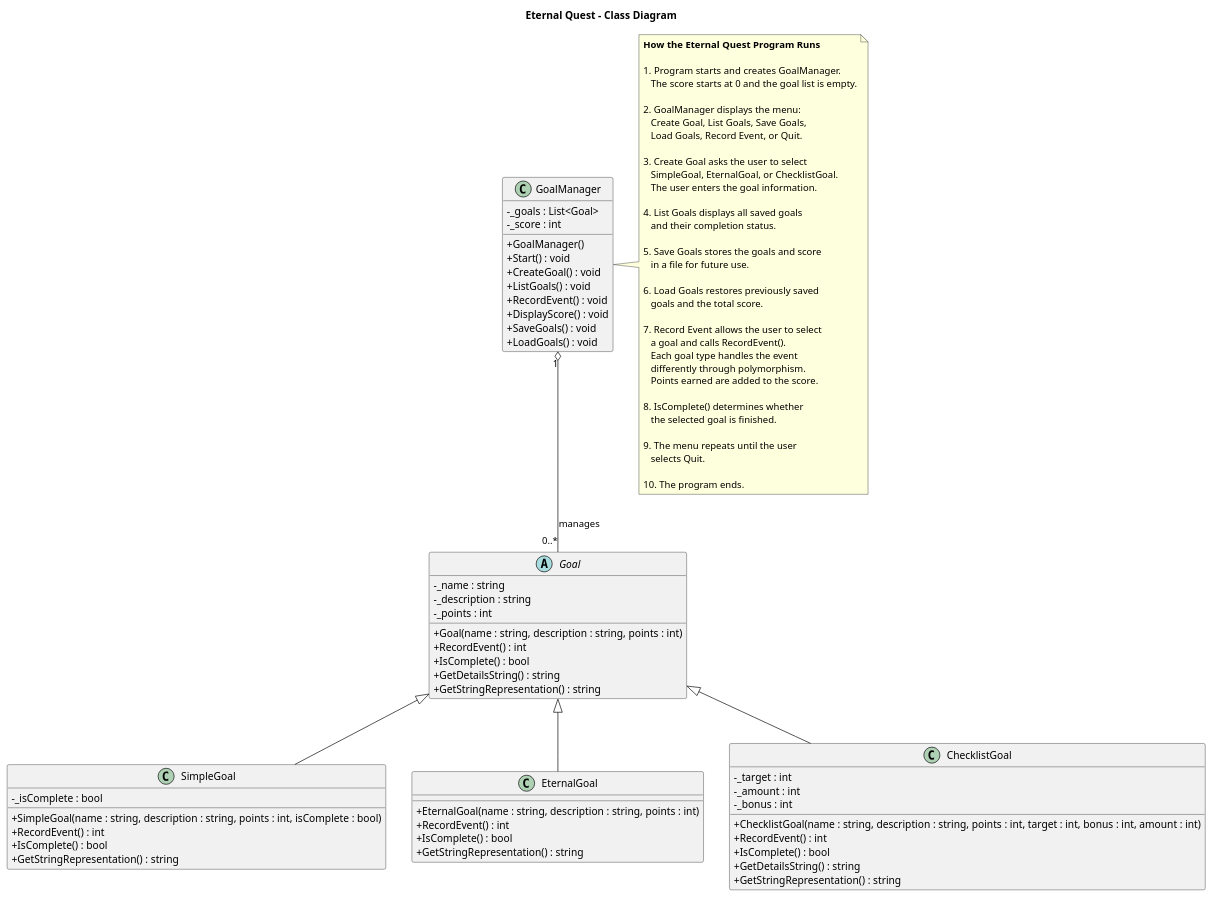
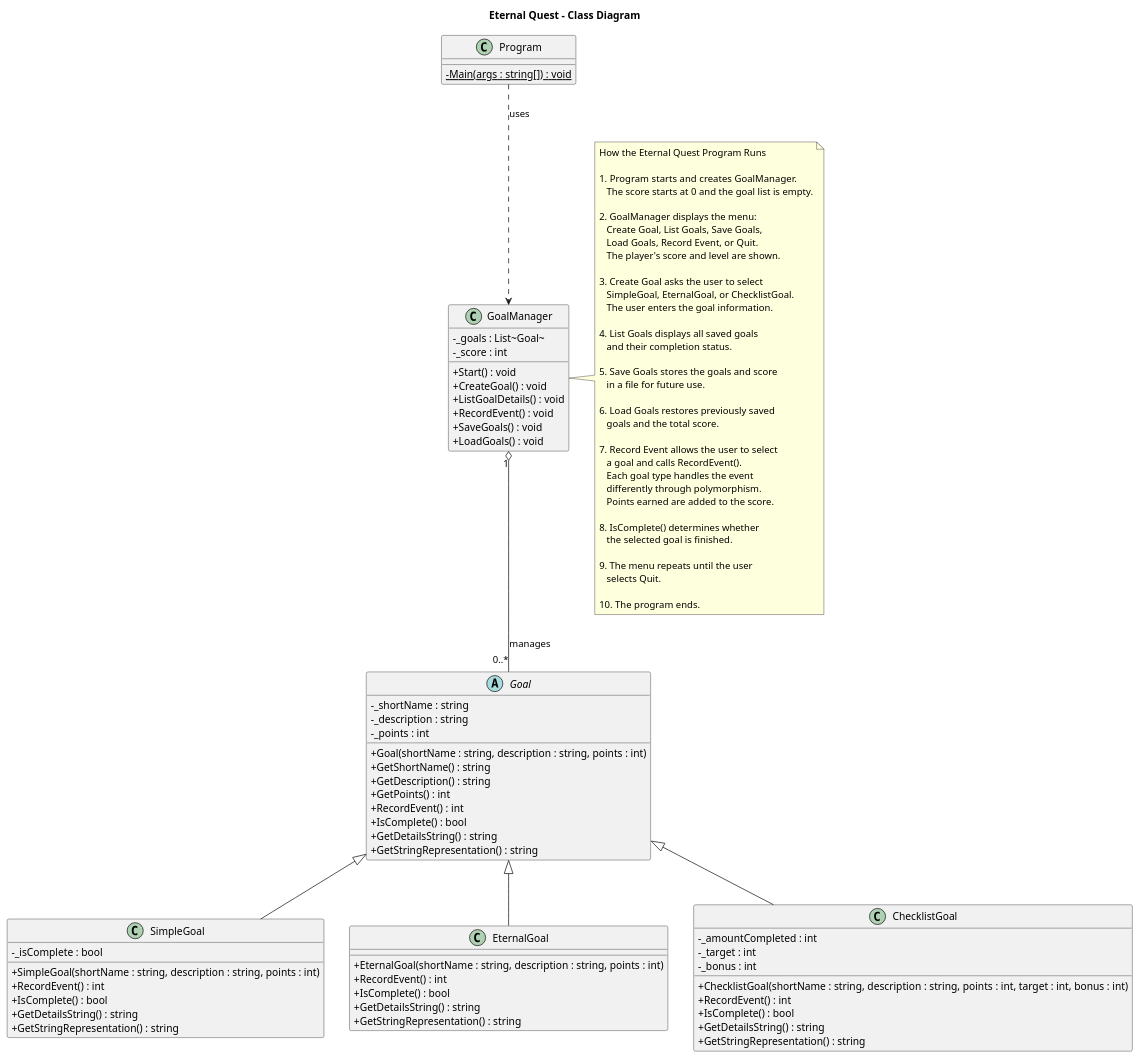
One commit to bossbabe50af/Fall2026-CSE210 changed the diagram in prove/Develop05/EternalQuestDesign.puml. Above: the diagram before and after it, drawn with PlantUML. The commit also changed other lines of this file and 4 other files, not shown here.

Commit message:
Correct Develop05 code and UML diagram

```diff
--- a/prove/Develop05/EternalQuestDesign.puml
+++ b/prove/Develop05/EternalQuestDesign.puml
@@ -1,101 +2,110 @@
 @startuml
 title Eternal Quest - Class Diagram
 
 skinparam classAttributeIconSize 0
 
 abstract class Goal {
-  - _name : string
+  - _shortName : string
   - _description : string
   - _points : int
-  + Goal(name : string, description : string, points : int)
+  + Goal(shortName : string, description : string, points : int)
+  + GetShortName() : string
+  + GetDescription() : string
+  + GetPoints() : int
   + RecordEvent() : int
   + IsComplete() : bool
   + GetDetailsString() : string
   + GetStringRepresentation() : string
 }
 
 class SimpleGoal {
   - _isComplete : bool
-  + SimpleGoal(name : string, description : string, points : int, isComplete : bool)
-  + RecordEvent() : int
-  + IsComplete() : bool
-  + GetStringRepresentation() : string
-}
-
-class EternalGoal {
-  + EternalGoal(name : string, description : string, points : int)
-  + RecordEvent() : int
-  + IsComplete() : bool
-  + GetStringRepresentation() : string
-}
-
-class ChecklistGoal {
-  - _target : int
-  - _amount : int
-  - _bonus : int
-  + ChecklistGoal(name : string, description : string, points : int, target : int, bonus : int, amount : int)
+  + SimpleGoal(shortName : string, description : string, points : int)
   + RecordEvent() : int
   + IsComplete() : bool
   + GetDetailsString() : string
   + GetStringRepresentation() : string
 }
 
+class EternalGoal {
+  + EternalGoal(shortName : string, description : string, points : int)
+  + RecordEvent() : int
+  + IsComplete() : bool
+  + GetDetailsString() : string
+  + GetStringRepresentation() : string
+}
+
+class ChecklistGoal {
+  - _amountCompleted : int
+  - _target : int
+  - _bonus : int
+  + ChecklistGoal(shortName : string, description : string, points : int, target : int, bonus : int)
+  + RecordEvent() : int
+  + IsComplete() : bool
+  + GetDetailsString() : string
+  + GetStringRepresentation() : string
+}
+
+class Program {
+  - {static} Main(args : string[]) : void
+}
+
 class GoalManager {
-  - _goals : List<Goal>
+  - _goals : List~Goal~
   - _score : int
-  + GoalManager()
   + Start() : void
   + CreateGoal() : void
-  + ListGoals() : void
+  + ListGoalDetails() : void
   + RecordEvent() : void
-  + DisplayScore() : void
   + SaveGoals() : void
   + LoadGoals() : void
 }
+
+Program ..> GoalManager : uses
 
 Goal <|-- SimpleGoal
 Goal <|-- EternalGoal
 Goal <|-- ChecklistGoal
 
-
 GoalManager "1" o-- "0..*" Goal : manages
 
 note right of GoalManager
-  **How the Eternal Quest Program Runs**
+  How the Eternal Quest Program Runs
 
   1. Program starts and creates GoalManager.
      The score starts at 0 and the goal list is empty.
 
   2. GoalManager displays the menu:
      Create Goal, List Goals, Save Goals,
      Load Goals, Record Event, or Quit.
+     The player's score and level are shown.
 
   3. Create Goal asks the user to select
      SimpleGoal, EternalGoal, or ChecklistGoal.
      The user enters the goal information.
 
   4. List Goals displays all saved goals
      and their completion status.
 
   5. Save Goals stores the goals and score
      in a file for future use.
 
   6. Load Goals restores previously saved
      goals and the total score.
 
   7. Record Event allows the user to select
      a goal and calls RecordEvent().
      Each goal type handles the event
      differently through polymorphism.
      Points earned are added to the score.
 
   8. IsComplete() determines whether
      the selected goal is finished.
 
   9. The menu repeats until the user
      selects Quit.
 
   10. The program ends.
 end note
 
 @enduml
```
